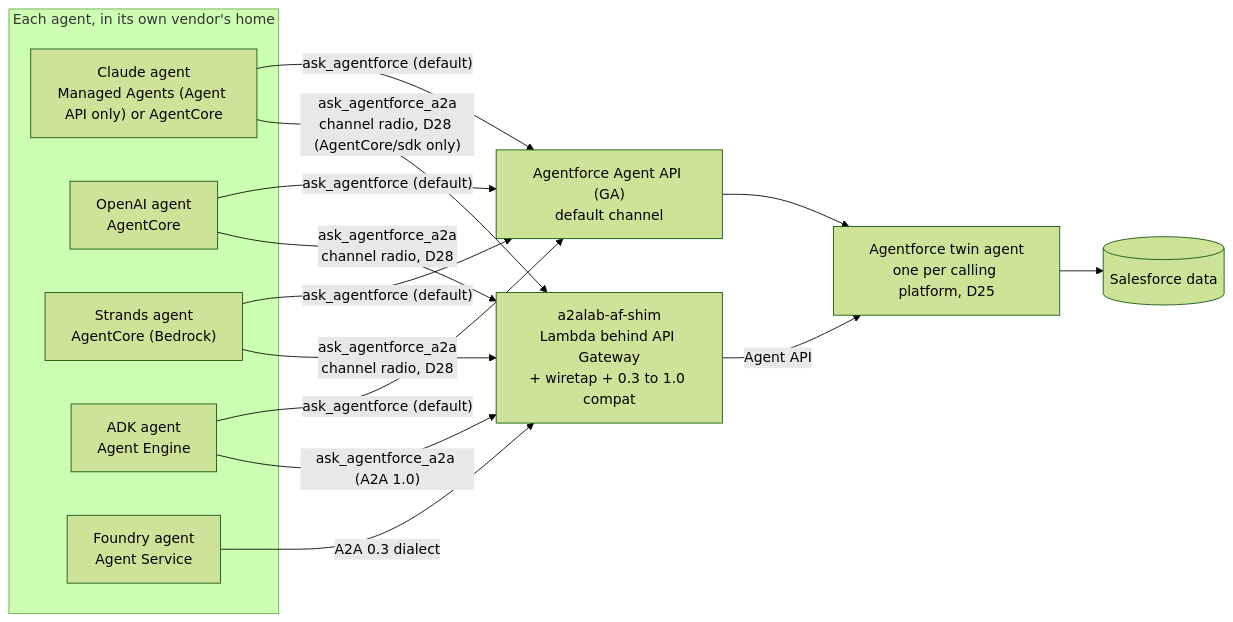
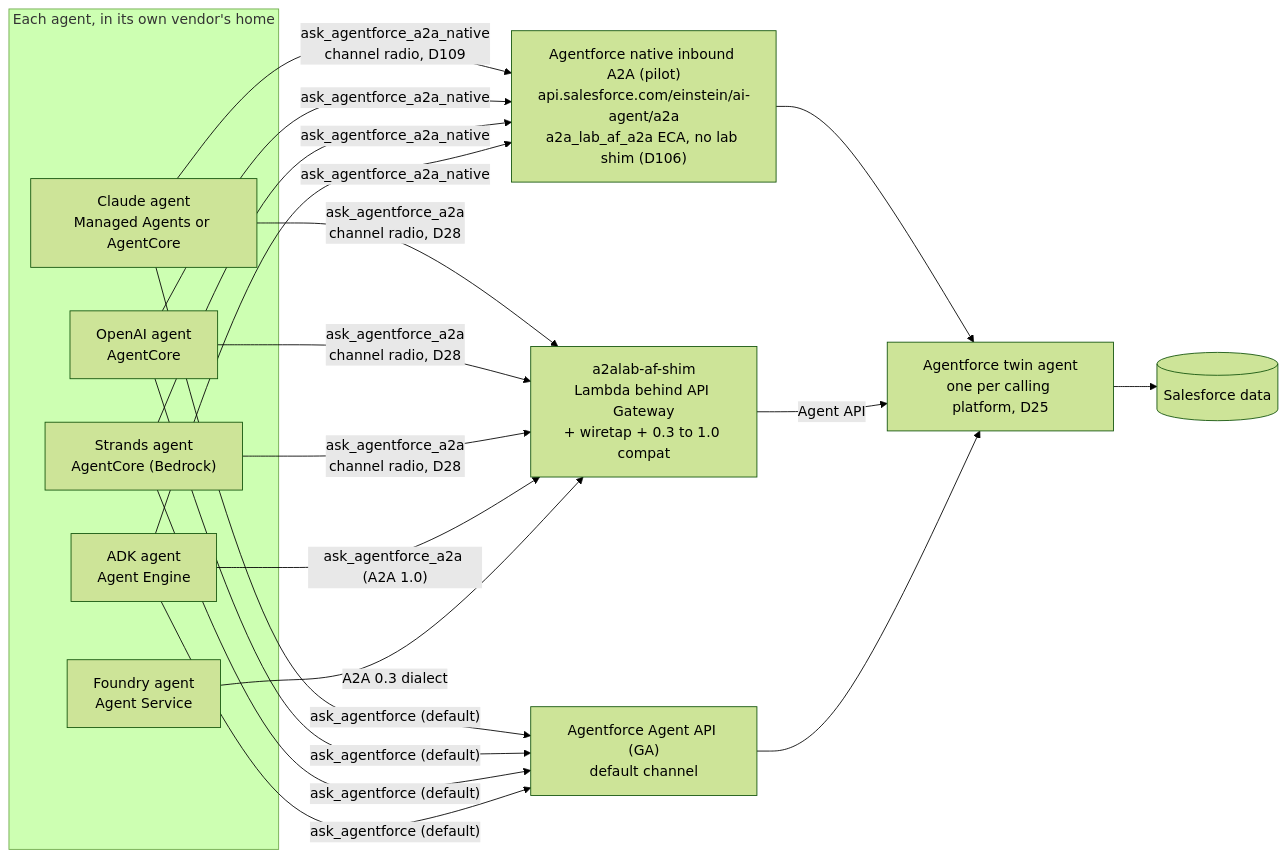
Before and after one commit to congmingwudi/a2a-lab: the fifth of 11 diagrams in plan/09-deployment-map.md, drawn with Mermaid (forest theme). The commit also changed other lines of this file and 9 other files, not shown here.

First line of the commit message:
Architecture sweep 2026-11-04: 15 stale claims fixed; WS10 on hold

````diff
--- a/plan/09-deployment-map.md
+++ b/plan/09-deployment-map.md
@@ -404,24 +408,30 @@
 ```mermaid
 flowchart LR
   subgraph HOSTS["Each agent, in its own vendor's home"]
-    C["Claude agent<br/>Managed Agents (Agent API only) or AgentCore"]
+    C["Claude agent<br/>Managed Agents or AgentCore"]
     O["OpenAI agent<br/>AgentCore"]
     S["Strands agent<br/>AgentCore (Bedrock)"]
     A["ADK agent<br/>Agent Engine"]
     F["Foundry agent<br/>Agent Service"]
   end
   C -->|"ask_agentforce (default)"| AAPI
   O -->|"ask_agentforce (default)"| AAPI
   S -->|"ask_agentforce (default)"| AAPI
   A -->|"ask_agentforce (default)"| AAPI
-  C -->|"ask_agentforce_a2a<br/>channel radio, D28 (AgentCore/sdk only)"| SHIMX
+  C -->|"ask_agentforce_a2a<br/>channel radio, D28"| SHIMX
   O -->|"ask_agentforce_a2a<br/>channel radio, D28"| SHIMX
   S -->|"ask_agentforce_a2a<br/>channel radio, D28"| SHIMX
   A -->|"ask_agentforce_a2a (A2A 1.0)"| SHIMX
   F -->|"A2A 0.3 dialect"| SHIMX
+  C -->|"ask_agentforce_a2a_native<br/>channel radio, D109"| AFN
+  O -->|"ask_agentforce_a2a_native"| AFN
+  S -->|"ask_agentforce_a2a_native"| AFN
+  A -->|"ask_agentforce_a2a_native"| AFN
+  AFN["Agentforce native inbound A2A (pilot)<br/>api.salesforce.com/einstein/ai-agent/a2a<br/>a2a_lab_af_a2a ECA, no lab shim (D106)"]
+  AFN --> AFT
   SHIMX["a2alab-af-shim<br/>Lambda behind API Gateway<br/>+ wiretap + 0.3 to 1.0 compat"]
   AAPI["Agentforce Agent API (GA)<br/>default channel"]
   SHIMX -->|"Agent API"| AFT["Agentforce twin agent<br/>one per calling platform, D25"]
   AAPI --> AFT
   AFT --> CRM[("Salesforce data")]
 ```
````
